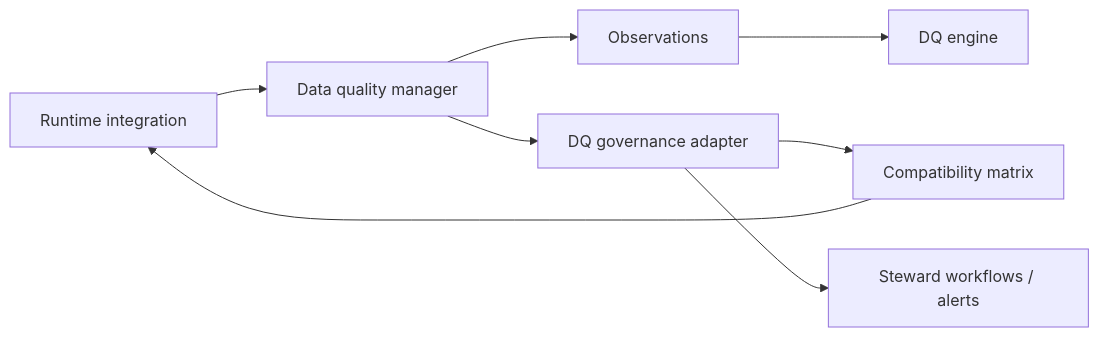
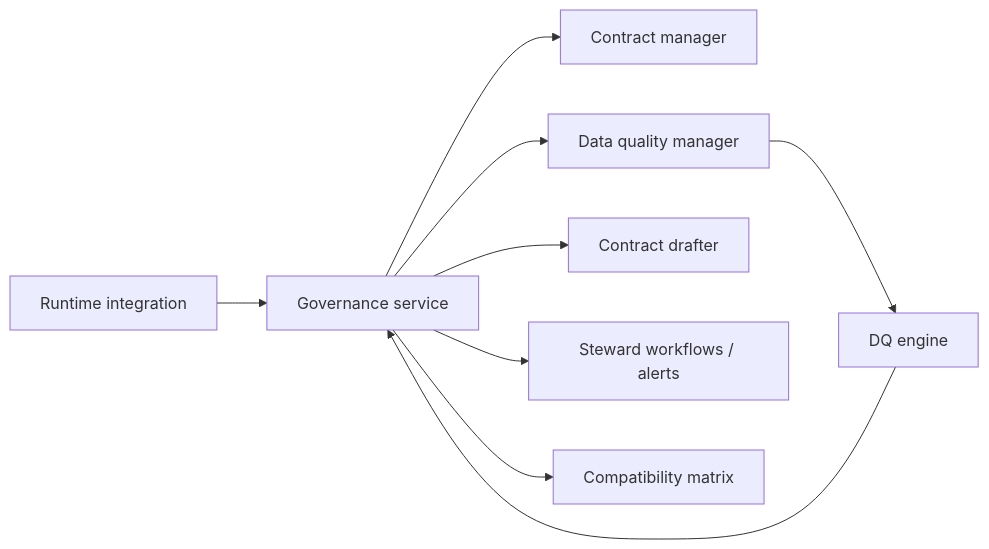
The diagram in docs/component-data-quality-governance.md (NextLab-SRL/dc43), drawn with Mermaid before and after one commit. The commit also changed other lines of this file and 15 other files, not shown here.

Commit message:
Refactor governance integration to use remote service

````diff
--- a/docs/component-data-quality-governance.md
+++ b/docs/component-data-quality-governance.md
@@ -25,10 +27,11 @@
 ```mermaid
 flowchart LR
-    Integration["Runtime integration"] --> DQMgr["Data quality manager"]
-    DQMgr --> Metrics["Observations"]
-    Metrics --> Engine["DQ engine"]
-    DQMgr --> DQClient["DQ governance adapter"]
-    DQClient --> Catalog["Compatibility matrix"]
-    Catalog --> Integration
-    DQClient --> Stewardship["Steward workflows / alerts"]
+    Integration["Runtime integration"] --> Governance["Governance service"]
+    Governance --> Contracts["Contract manager"]
+    Governance --> DQMgr["Data quality manager"]
+    DQMgr --> Engine["DQ engine"]
+    Engine --> Governance
+    Governance --> Drafts["Contract drafter"]
+    Governance --> Stewardship["Steward workflows / alerts"]
+    Governance --> Catalog["Compatibility matrix"]
 ```
````
